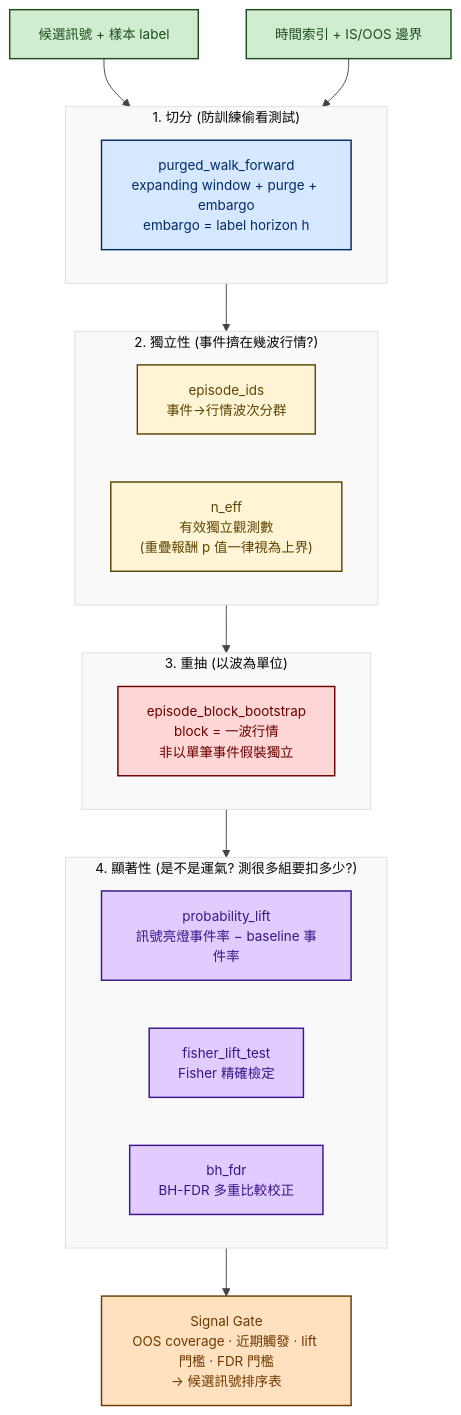
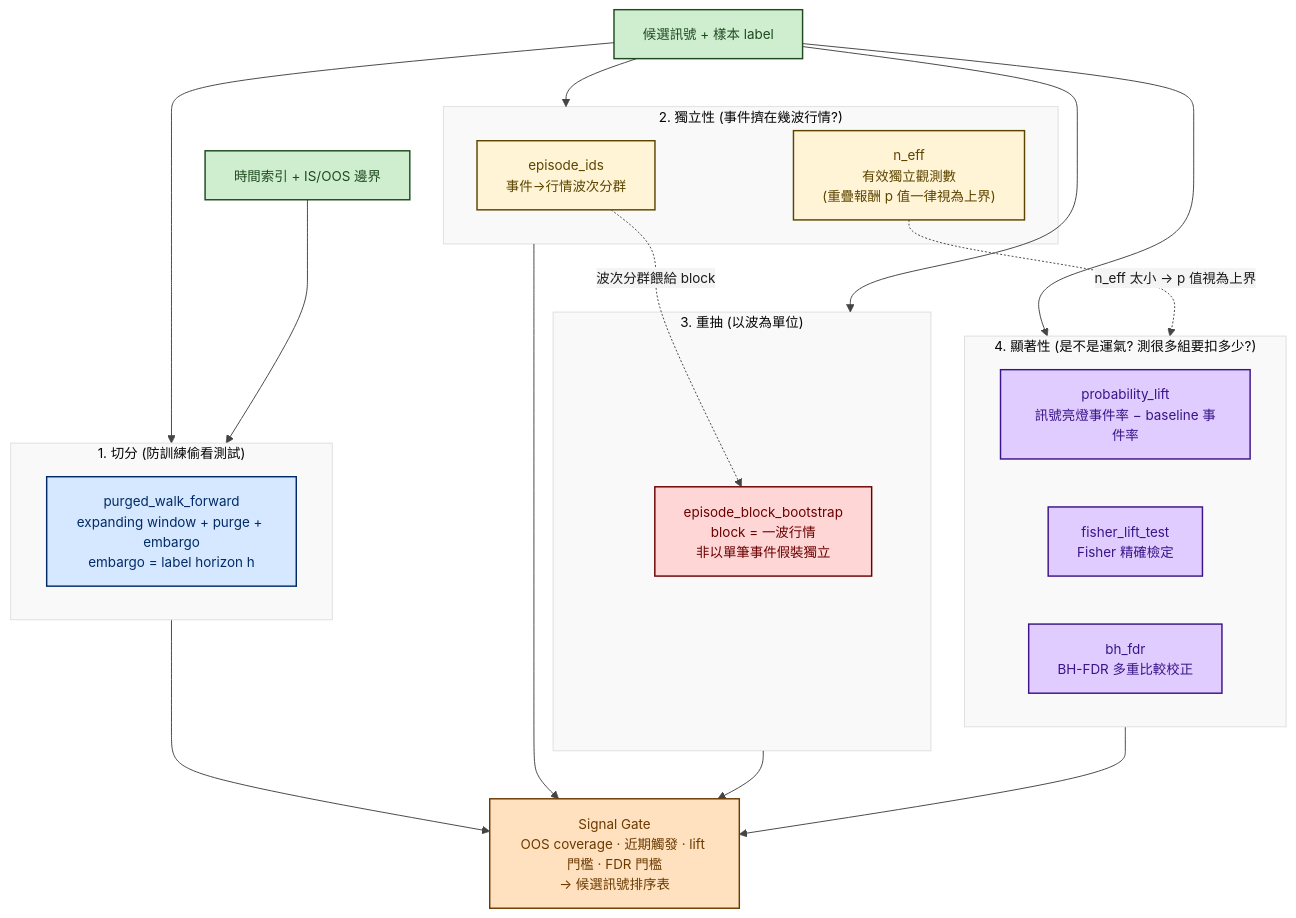
One commit to Jang-jhih/quant-interview-prep changed the fifth of 6 diagrams in flowcharts/market_risk.md. Above: the diagram before and after it, drawn with Mermaid. The commit also changed other lines of this file and 18 other files, not shown here.

````diff
--- a/flowcharts/market_risk.md
+++ b/flowcharts/market_risk.md
@@ -200,41 +259,48 @@
 ```mermaid
 %%{init: {'theme':'base', 'themeVariables': {'primaryColor':'#ececec','primaryTextColor':'#1a1a1a','primaryBorderColor':'#666666','lineColor':'#444444','secondaryColor':'#f4f4f4','fontSize':'14px'}}}%%
 flowchart TB
     classDef input fill:#cfeecf,stroke:#1f4a1f,stroke-width:1.5px,color:#1f4a1f
     classDef split fill:#d6e8ff,stroke:#002b66,stroke-width:1.5px,color:#002b66
     classDef indep fill:#fff4d6,stroke:#5c4500,stroke-width:1.5px,color:#5c4500
     classDef resample fill:#ffd6d6,stroke:#6b0000,stroke-width:1.5px,color:#6b0000
     classDef sig fill:#e0ccff,stroke:#3a1488,stroke-width:1.5px,color:#3a1488
     classDef gate fill:#ffe0bf,stroke:#6b3a00,stroke-width:1.5px,color:#6b3a00
 
     SIGNALS["候選訊號 + 樣本 label"]:::input
     INDEX["時間索引 + IS/OOS 邊界"]:::input
 
     subgraph SPLIT["1. 切分 (防訓練偷看測試)"]
         PWF["purged_walk_forward<br/>expanding window + purge + embargo<br/>embargo = label horizon h"]:::split
     end
 
     subgraph INDEP["2. 獨立性 (事件擠在幾波行情?)"]
         EID["episode_ids<br/>事件→行情波次分群"]:::indep
         NEFF["n_eff<br/>有效獨立觀測數<br/>(重疊報酬 p 值一律視為上界)"]:::indep
     end
 
     subgraph BOOT["3. 重抽 (以波為單位)"]
         EBB["episode_block_bootstrap<br/>block = 一波行情<br/>非以單筆事件假裝獨立"]:::resample
     end
 
     subgraph SIGTEST["4. 顯著性 (是不是運氣? 測很多組要扣多少?)"]
         PL["probability_lift<br/>訊號亮燈事件率 − baseline 事件率"]:::sig
         FISHER["fisher_lift_test<br/>Fisher 精確檢定"]:::sig
         BH["bh_fdr<br/>BH-FDR 多重比較校正"]:::sig
     end
 
     GATE["Signal Gate<br/>OOS coverage · 近期觸發 · lift 門檻 · FDR 門檻<br/>→ 候選訊號排序表"]:::gate
 
     SIGNALS --> SPLIT
+    SIGNALS --> INDEP
+    SIGNALS --> BOOT
+    SIGNALS --> SIGTEST
     INDEX --> SPLIT
-    SPLIT --> INDEP
-    INDEP --> BOOT
-    BOOT --> SIGTEST
+
+    SPLIT --> GATE
+    INDEP --> GATE
+    BOOT --> GATE
     SIGTEST --> GATE
+
+    NEFF -. "n_eff 太小 → p 值視為上界" .-> SIGTEST
+    EID -. "波次分群餵給 block" .-> EBB
 ```
````
